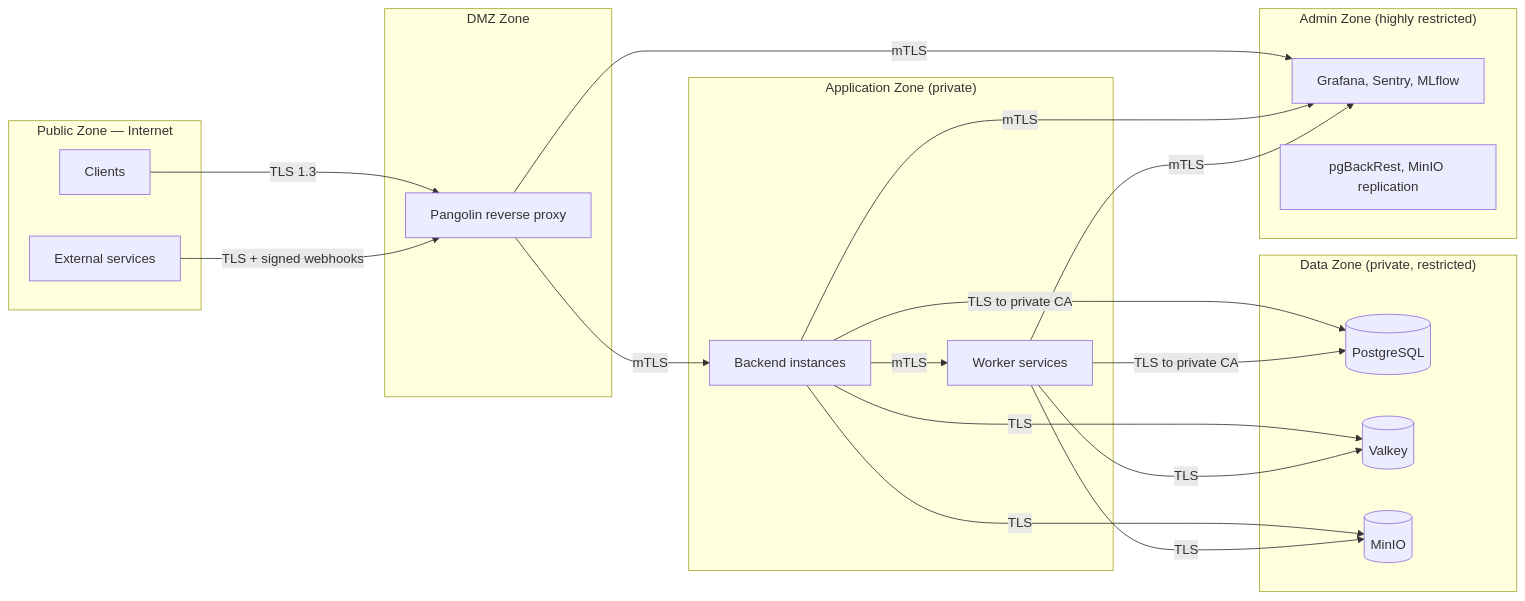
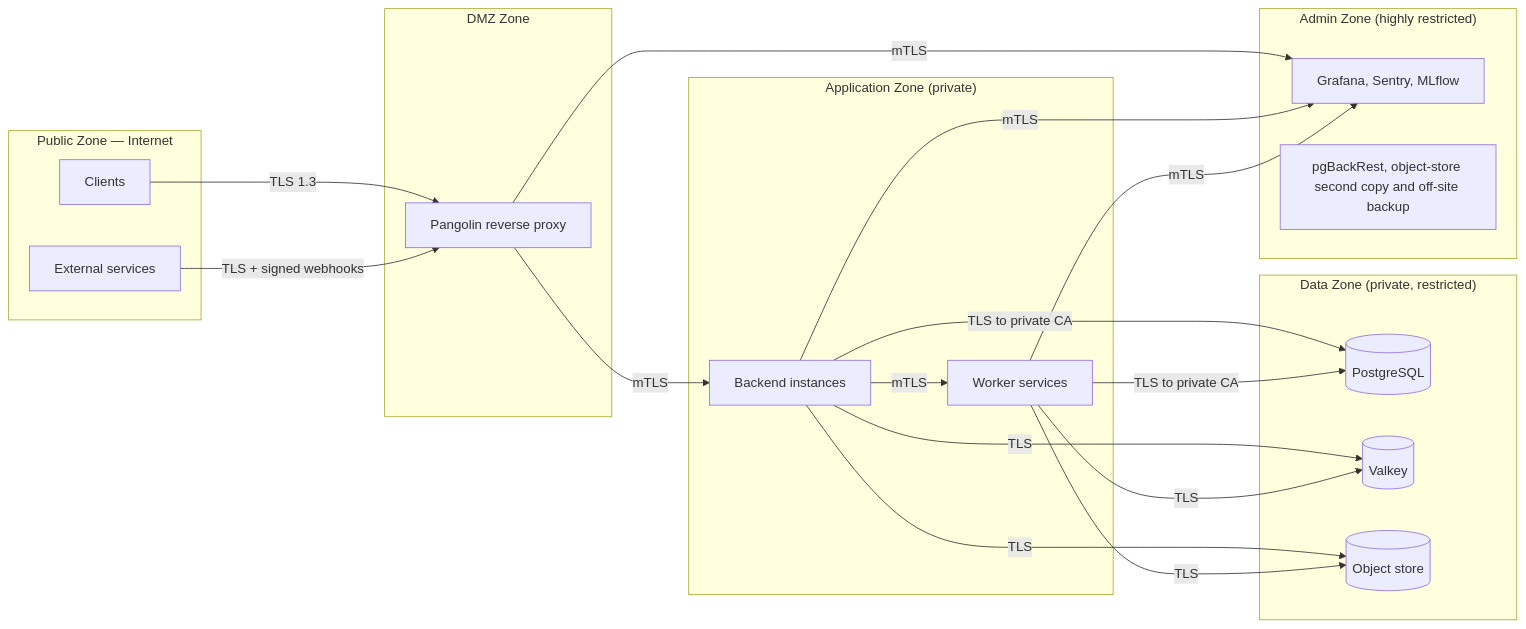
The second of 12 diagrams in docs/architecture/CHARTWARDEN_SYSTEM_DESIGN_v0.3.md (Engrace-Hospice/chartwarden), drawn with Mermaid before and after one commit. The commit also changed other lines of this file and 3 other files, not shown here.

First line of the commit message:
docs(architecture): state the object store as built (SeaweedFS prod, RustFS dev/CI/copy)

````diff
--- a/docs/architecture/CHARTWARDEN_SYSTEM_DESIGN_v0.3.md
+++ b/docs/architecture/CHARTWARDEN_SYSTEM_DESIGN_v0.3.md
@@ -105,36 +106,36 @@
 ```mermaid
 flowchart LR
   subgraph public["Public Zone — Internet"]
     clients2["Clients"]
     external2["External services"]
   end
 
   subgraph dmz["DMZ Zone"]
     pangolin2["Pangolin reverse proxy"]
   end
 
   subgraph appzone["Application Zone (private)"]
     backend2["Backend instances"]
     workers2["Worker services"]
   end
 
   subgraph datazone["Data Zone (private, restricted)"]
     pg2[("PostgreSQL")]
     valkey2[("Valkey")]
-    minio2[("MinIO")]
+    objstore2[("Object store")]
   end
 
   subgraph adminzone["Admin Zone (highly restricted)"]
     monitoring["Grafana, Sentry, MLflow"]
-    backups["pgBackRest, MinIO replication"]
+    backups["pgBackRest, object-store second copy and off-site backup"]
   end
 
   clients2 -- TLS 1.3 --> pangolin2
   pangolin2 -- mTLS --> backend2
   backend2 -- mTLS --> workers2
   backend2 & workers2 -- TLS to private CA --> pg2
   backend2 & workers2 -- TLS --> valkey2
-  backend2 & workers2 -- TLS --> minio2
+  backend2 & workers2 -- TLS --> objstore2
   pangolin2 & backend2 & workers2 -- mTLS --> monitoring
   external2 -- TLS + signed webhooks --> pangolin2
 ```
````
